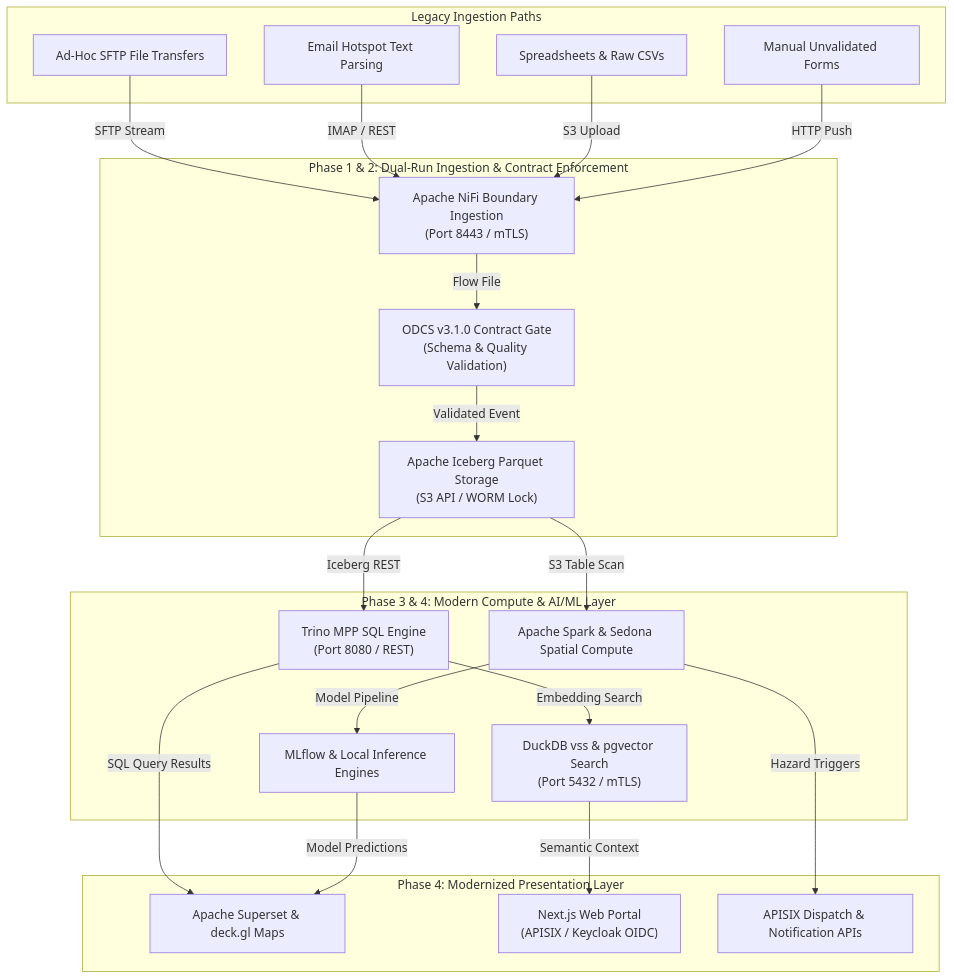
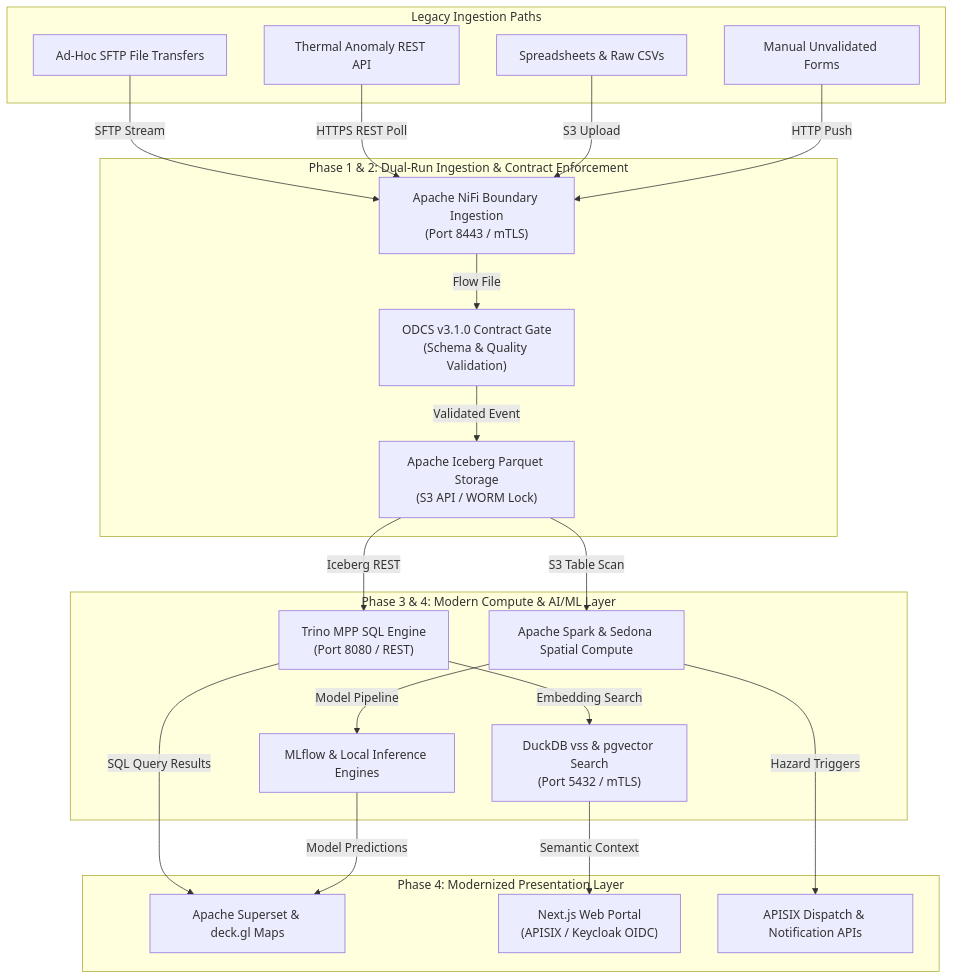
Before and after one commit to linuxmalaysia/bda-ai-infra: the first of 2 diagrams in docs/reference/5-year-bda-ai-roadmap-and-business-case.md, drawn with Mermaid. The commit also changed other lines of this file and 17 other files, not shown here.

Commit message:
feat: refine dual-render diagrams, routing tables, and SVG annotations per PR feedback

````diff
--- a/docs/reference/5-year-bda-ai-roadmap-and-business-case.md
+++ b/docs/reference/5-year-bda-ai-roadmap-and-business-case.md
@@ -221,44 +221,44 @@
 ```mermaid
 flowchart TD
     subgraph LegacyIngest ["Legacy Ingestion Paths"]
         L1["Manual Unvalidated Forms"]
         L2["Spreadsheets &amp; Raw CSVs"]
-        L3["Email Hotspot Text Parsing"]
+        L3["Thermal Anomaly REST API"]
         L4["Ad-Hoc SFTP File Transfers"]
     end
 
     subgraph DualRunPipeline ["Phase 1 &amp; 2: Dual-Run Ingestion &amp; Contract Enforcement"]
         NiFi["Apache NiFi Boundary Ingestion<br/>(Port 8443 / mTLS)"]
         ODCS["ODCS v3.1.0 Contract Gate<br/>(Schema &amp; Quality Validation)"]
         Iceberg["Apache Iceberg Parquet Storage<br/>(S3 API / WORM Lock)"]
     end
 
     subgraph ModernComputeAI ["Phase 3 &amp; 4: Modern Compute &amp; AI/ML Layer"]
         SparkSedona["Apache Spark &amp; Sedona Spatial Compute"]
         Trino["Trino MPP SQL Engine<br/>(Port 8080 / REST)"]
         MLOps["MLflow &amp; Local Inference Engines"]
         VectorSearch["DuckDB vss &amp; pgvector Search<br/>(Port 5432 / mTLS)"]
     end
 
     subgraph Presentation ["Phase 4: Modernized Presentation Layer"]
         Superset["Apache Superset &amp; deck.gl Maps"]
         Portal["Next.js Web Portal<br/>(APISIX / Keycloak OIDC)"]
         Alerts["APISIX Dispatch &amp; Notification APIs"]
     end
 
     L1 -->|"HTTP Push"| NiFi
     L2 -->|"S3 Upload"| NiFi
-    L3 -->|"IMAP / REST"| NiFi
+    L3 -->|"HTTPS REST Poll"| NiFi
     L4 -->|"SFTP Stream"| NiFi
 
     NiFi -->|"Flow File"| ODCS -->|"Validated Event"| Iceberg
     Iceberg -->|"S3 Table Scan"| SparkSedona
     Iceberg -->|"Iceberg REST"| Trino
     SparkSedona -->|"Model Pipeline"| MLOps
     Trino -->|"Embedding Search"| VectorSearch
 
     MLOps -->|"Model Predictions"| Superset
     SparkSedona -->|"Hazard Triggers"| Alerts
     Trino -->|"SQL Query Results"| Superset
     VectorSearch -->|"Semantic Context"| Portal
 ```
````
